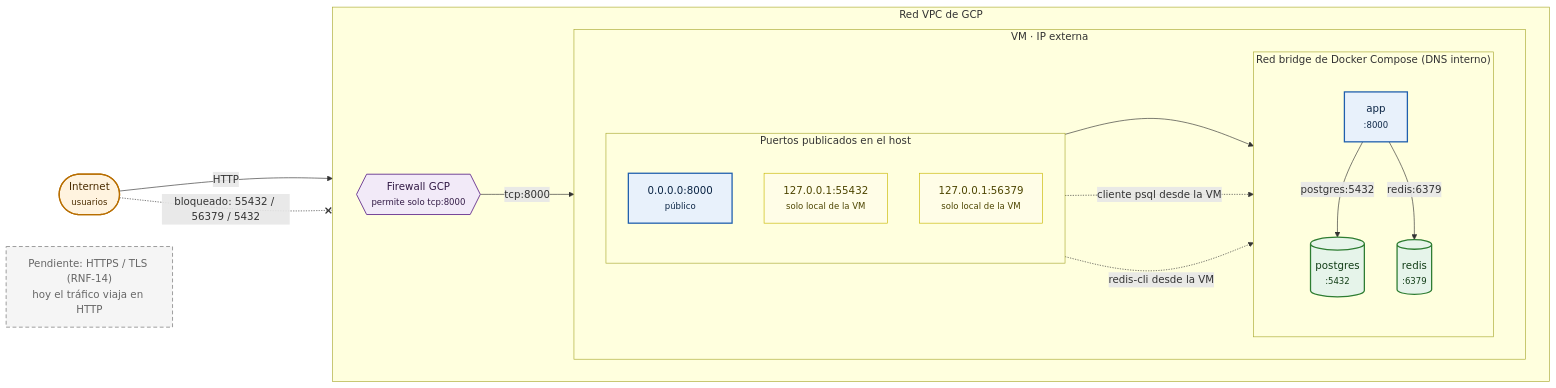
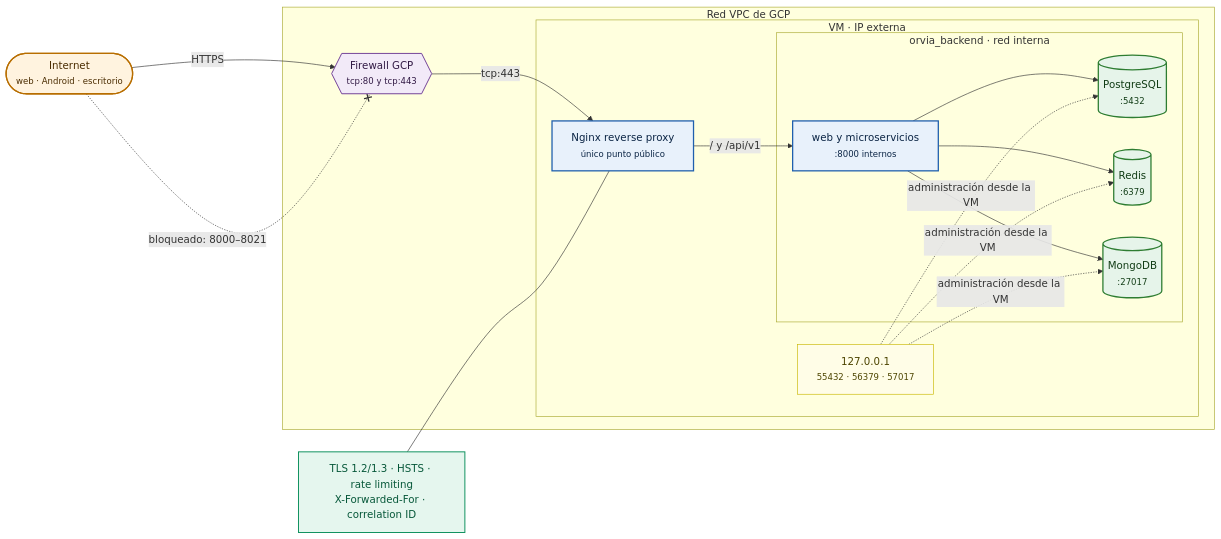
The diagram in docs/diagramas/fuente/05_red.mmd (BobbySandoval122/Proyecto12), drawn with Mermaid before and after one commit. The commit also changed 27 other files, not shown here.

Commit message:
feat(infra): centralizar acceso con reverse proxy Nginx

```diff
--- a/docs/diagramas/fuente/05_red.mmd
+++ b/docs/diagramas/fuente/05_red.mmd
@@ -1,37 +1,28 @@
 flowchart LR
-    INT(["Internet<br/><small>usuarios</small>"]):::actor
-
+    INT(["Internet<br/><small>web · Android · escritorio</small>"]):::actor
     subgraph GCP["Red VPC de GCP"]
-        direction LR
-        FW{{"Firewall GCP<br/><small>permite solo tcp:8000</small>"}}:::ext
+        FW{{"Firewall GCP<br/><small>tcp:80 y tcp:443</small>"}}:::ext
         subgraph VM["VM · IP externa"]
-            direction LR
-            subgraph HOST["Puertos publicados en el host"]
-                direction TB
-                P8000["0.0.0.0:8000<br/><small>público</small>"]:::impl
-                P55432["127.0.0.1:55432<br/><small>solo local de la VM</small>"]:::nota
-                P56379["127.0.0.1:56379<br/><small>solo local de la VM</small>"]:::nota
+            NGINX["Nginx reverse proxy<br/><small>único punto público</small>"]:::impl
+            subgraph BACK["orvia_backend · red interna"]
+                APP["web y microservicios<br/><small>:8000 internos</small>"]:::impl
+                PG[("PostgreSQL<br/><small>:5432</small>")]:::db
+                RD[("Redis<br/><small>:6379</small>")]:::db
+                MG[("MongoDB<br/><small>:27017</small>")]:::db
             end
-            subgraph NET["Red bridge de Docker Compose (DNS interno)"]
-                direction TB
-                APP["app<br/><small>:8000</small>"]:::impl
-                PG[("postgres<br/><small>:5432</small>")]:::db
-                RD[("redis<br/><small>:6379</small>")]:::db
-            end
+            LOCAL["127.0.0.1<br/><small>55432 · 56379 · 57017</small>"]:::nota
         end
     end
-
-    INT -->|"HTTP"| FW -->|"tcp:8000"| P8000 --> APP
-    APP -->|"postgres:5432"| PG
-    APP -->|"redis:6379"| RD
-    P55432 -. "cliente psql desde la VM" .-> PG
-    P56379 -. "redis-cli desde la VM" .-> RD
-    INT -. "bloqueado: 55432 / 56379 / 5432" .-x FW
-
-    N1["Pendiente: HTTPS / TLS (RNF-14)<br/>hoy el tráfico viaja en HTTP"]:::futuro
+    INT -->|"HTTPS"| FW -->|"tcp:443"| NGINX
+    NGINX -->|"/ y /api/v1"| APP
+    APP --> PG & RD & MG
+    LOCAL -. "administración desde la VM" .-> PG & RD & MG
+    INT -. "bloqueado: 8000–8021" .-x FW
+    N1["TLS 1.2/1.3 · HSTS · rate limiting<br/>X-Forwarded-For · correlation ID"]:::seguro
+    N1 --- NGINX
     classDef impl fill:#E8F1FB,stroke:#1F5FAD,stroke-width:2px,color:#0B2545
     classDef db fill:#E6F4EA,stroke:#2E7D32,stroke-width:2px,color:#123D16
     classDef actor fill:#FFF3DF,stroke:#B86E00,stroke-width:2px,color:#4A2C00
     classDef ext fill:#F2EAF8,stroke:#6F3D96,stroke-width:1.5px,color:#321A45
-    classDef futuro fill:#F5F5F5,stroke:#9A9A9A,stroke-width:1.5px,stroke-dasharray:6 4,color:#666666
+    classDef seguro fill:#E5F6EE,stroke:#0A8F5B,stroke-width:1.5px,color:#07583A
     classDef nota fill:#FFFDE7,stroke:#C9B800,stroke-width:1px,color:#4D4500
```
